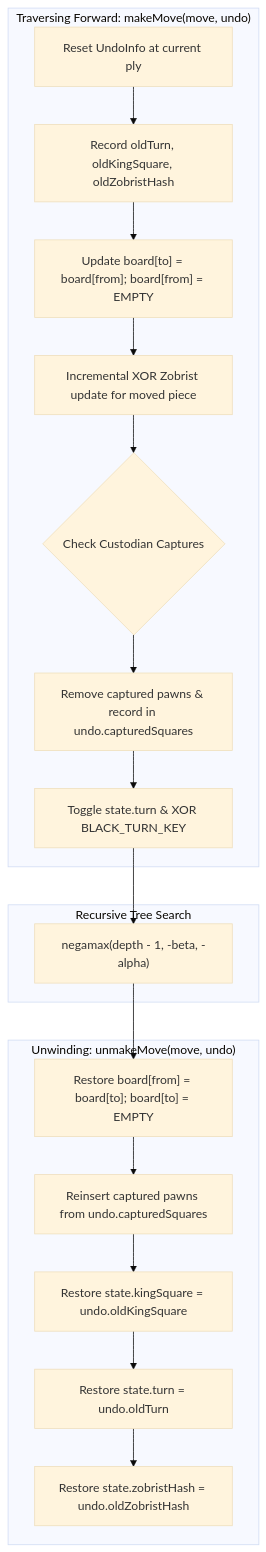
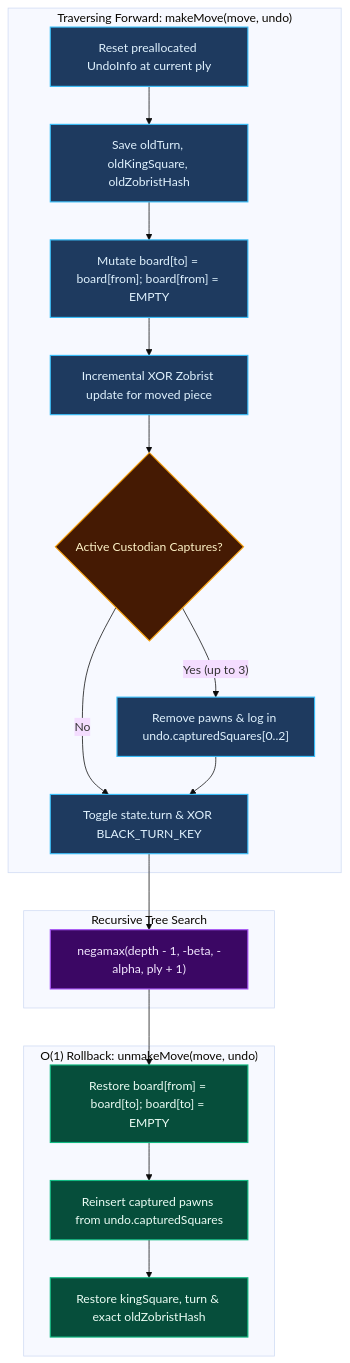
One commit to MercuryDCD/Tablut-FundamentalsAIMASTER changed the diagram in docs/wiki/01-State-Representation-and-Bit-Architecture.md. Above: the diagram before and after it, drawn with Mermaid (base theme). The commit also changed other lines of this file and 14 other files, not shown here.

Commit message:
docs: upgrade README and wiki with vector SVG diagrams and styled Mermaid charts

````diff
--- a/docs/wiki/01-State-Representation-and-Bit-Architecture.md
+++ b/docs/wiki/01-State-Representation-and-Bit-Architecture.md
@@ -130,23 +126,27 @@
 ```mermaid
 flowchart TD
-    subgraph "Traversing Forward: makeMove(move, undo)"
-        A["Reset UndoInfo at current ply"] --> B["Record oldTurn, oldKingSquare, oldZobristHash"]
-        B --> C["Update board[to] = board[from]; board[from] = EMPTY"]
-        C --> D["Incremental XOR Zobrist update for moved piece"]
-        D --> E{"Check Custodian Captures"}
-        E --> F["Remove captured pawns & record in undo.capturedSquares"]
-        F --> G["Toggle state.turn & XOR BLACK_TURN_KEY"]
+    classDef fwd fill:#1e3a5f,stroke:#38bdf8,color:#e0f2fe,stroke-width:1.5px
+    classDef rec fill:#3b0764,stroke:#a855f7,color:#f3e8ff,stroke-width:1.5px
+    classDef undo fill:#064e3b,stroke:#10b981,color:#ecfdf5,stroke-width:1.5px
+    classDef dec fill:#451a03,stroke:#f59e0b,color:#fef3c7,stroke-width:1.5px
+
+    subgraph Forward["Traversing Forward: makeMove(move, undo)"]
+        A["Reset preallocated UndoInfo at current ply"]:::fwd --> B["Save oldTurn, oldKingSquare, oldZobristHash"]:::fwd
+        B --> C["Mutate board[to] = board[from]; board[from] = EMPTY"]:::fwd
+        C --> D["Incremental XOR Zobrist update for moved piece"]:::fwd
+        D --> E{"Active Custodian Captures?"}:::dec
+        E -- "Yes (up to 3)" --> F["Remove pawns &amp; log in undo.capturedSquares[0..2]"]:::fwd
+        E -- "No" --> G["Toggle state.turn &amp; XOR BLACK_TURN_KEY"]:::fwd
+        F --> G
     end
 
-    subgraph "Recursive Tree Search"
-        G --> H["negamax(depth - 1, -beta, -alpha)"]
+    subgraph Recursion["Recursive Tree Search"]
+        G --> H["negamax(depth - 1, -beta, -alpha, ply + 1)"]:::rec
     end
 
-    subgraph "Unwinding: unmakeMove(move, undo)"
-        H --> I["Restore board[from] = board[to]; board[to] = EMPTY"]
-        I --> J["Reinsert captured pawns from undo.capturedSquares"]
-        J --> K["Restore state.kingSquare = undo.oldKingSquare"]
-        K --> L["Restore state.turn = undo.oldTurn"]
-        L --> M["Restore state.zobristHash = undo.oldZobristHash"]
+    subgraph Unwind["O(1) Rollback: unmakeMove(move, undo)"]
+        H --> I["Restore board[from] = board[to]; board[to] = EMPTY"]:::undo
+        I --> J["Reinsert captured pawns from undo.capturedSquares"]:::undo
+        J --> K["Restore kingSquare, turn &amp; exact oldZobristHash"]:::undo
     end
 ```
````
